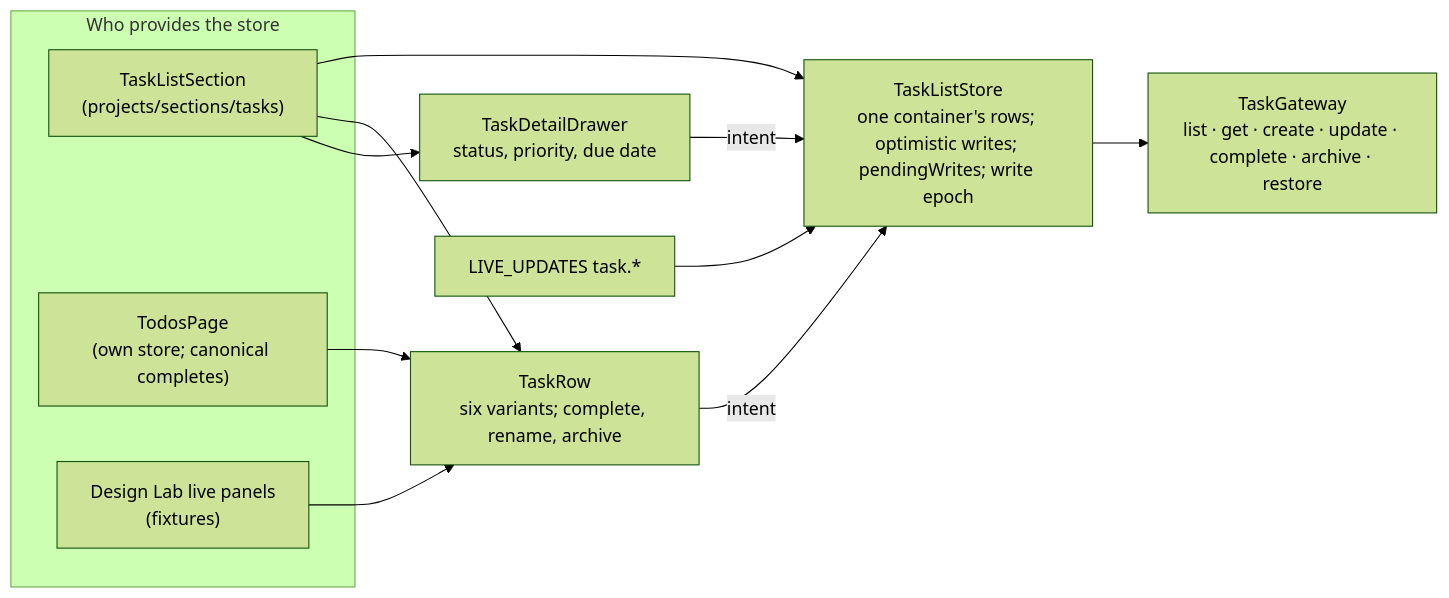
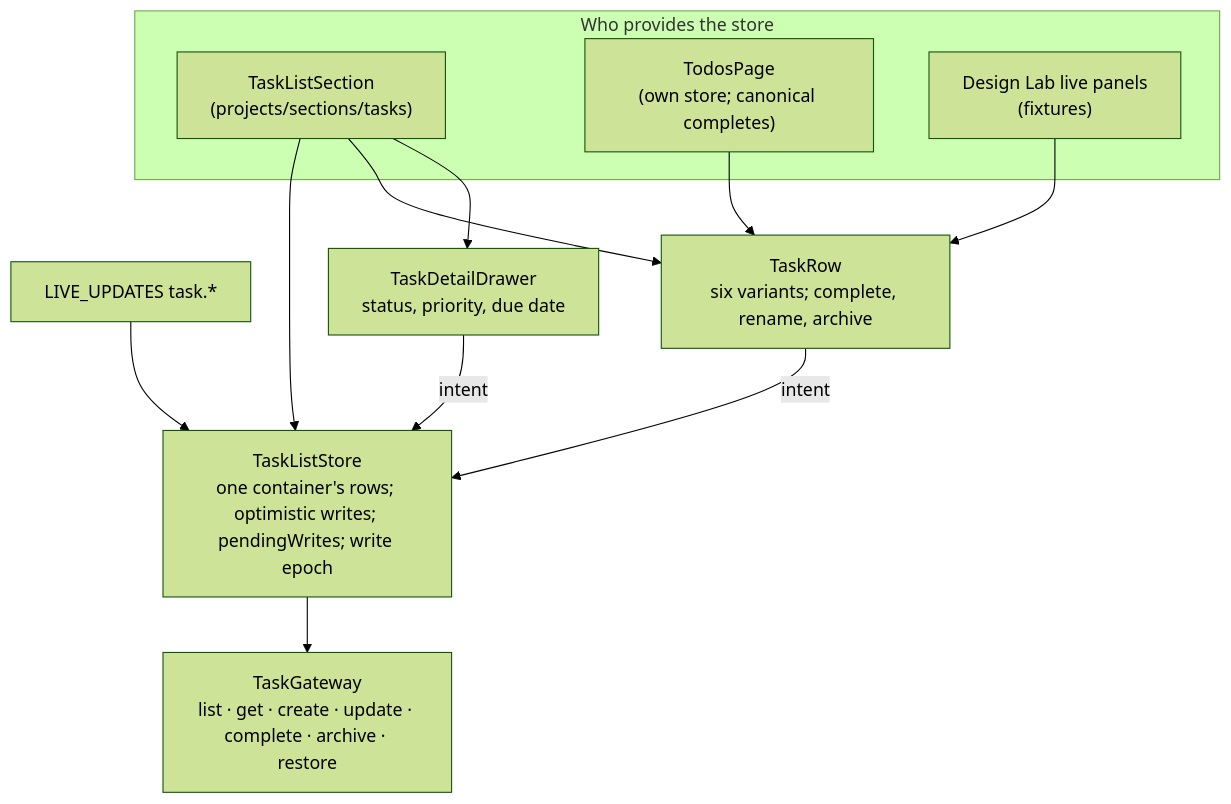
One commit to CalciteDragon/Canvas-work-manager-prototype changed the first of 2 diagrams in docs/architecture/web/tasks/what.md. Above: the diagram before and after it, drawn with Mermaid (forest theme). The commit also changed other lines of this file and 18 other files, not shown here.

First line of the commit message:
docs: validate mermaid diagrams and fix broken ones

````diff
--- a/docs/architecture/web/tasks/what.md
+++ b/docs/architecture/web/tasks/what.md
@@ -5,21 +5,21 @@
 ```mermaid
-flowchart LR
+flowchart TB
+  live["LIVE_UPDATES task.*"] --> store
   subgraph owners["Who provides the store"]
     tls["TaskListSection<br/>(projects/sections/tasks)"]
     todos["TodosPage<br/>(own store; canonical completes)"]
     lab["Design Lab live panels<br/>(fixtures)"]
   end
   store["TaskListStore<br/>one container's rows; optimistic writes; pendingWrites; write epoch"]
   row["TaskRow<br/>six variants; complete, rename, archive"]
   drawer["TaskDetailDrawer<br/>status, priority, due date"]
   gw["TaskGateway<br/>list · get · create · update · complete · archive · restore"]
   tls --> store
   store --> gw
   tls --> row
   tls --> drawer
   todos --> row
   lab --> row
   row -->|intent| store
   drawer -->|intent| store
-  live["LIVE_UPDATES task.*"] --> store
 ```
````
